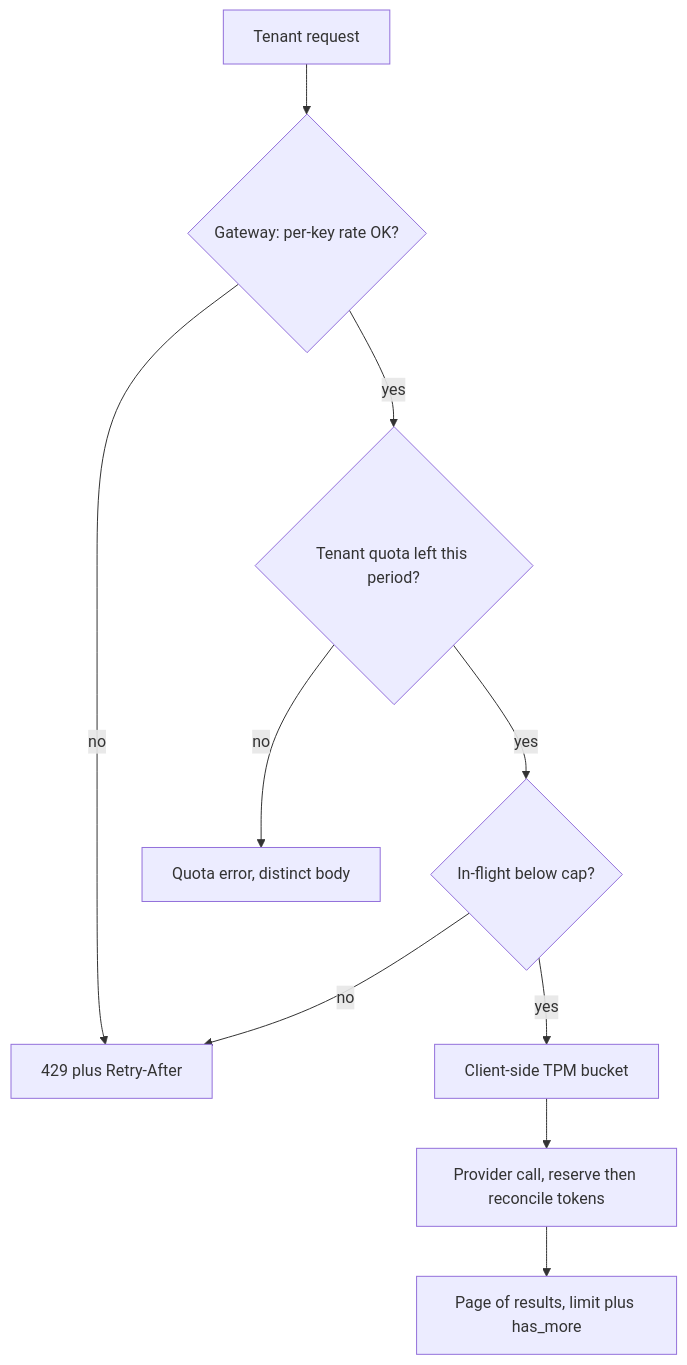
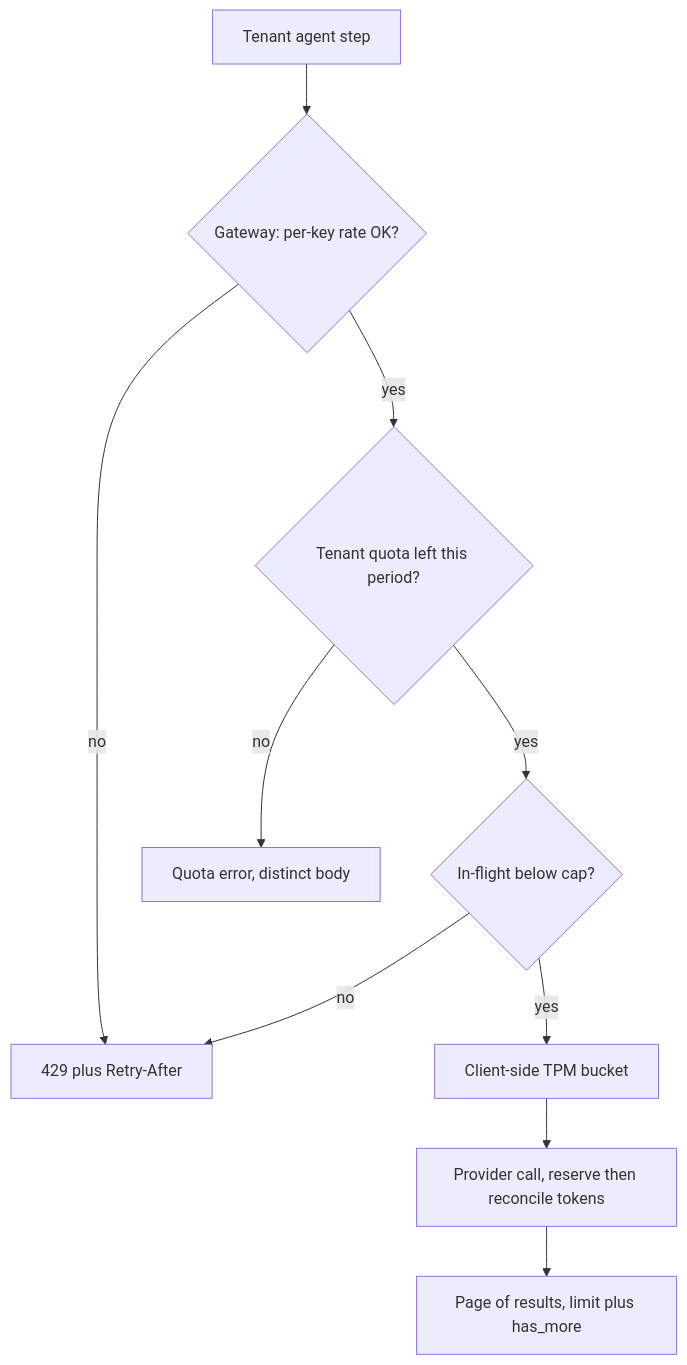
Before and after one commit to lovishmahajan97/agentic-learning: the diagram in content/backend-fundamentals/pagination-rate-limits-api-quotas.md, drawn with Mermaid. The commit also changed other lines of this file and 485 other files, not shown here.

````diff
--- a/content/backend-fundamentals/pagination-rate-limits-api-quotas.md
+++ b/content/backend-fundamentals/pagination-rate-limits-api-quotas.md
@@ -145,12 +160,12 @@
 ```mermaid
 flowchart TD
-    R["Tenant request"] --> G{"Gateway: per-key rate OK?"}
+    R["Tenant agent step"] --> G{"Gateway: per-key rate OK?"}
     G -->|"no"| E1["429 plus Retry-After"]
     G -->|"yes"| Q{"Tenant quota left this period?"}
     Q -->|"no"| E2["Quota error, distinct body"]
     Q -->|"yes"| C{"In-flight below cap?"}
     C -->|"no"| E1
     C -->|"yes"| B["Client-side TPM bucket"]
     B --> P["Provider call, reserve then reconcile tokens"]
     P --> L["Page of results, limit plus has_more"]
 ```
````
